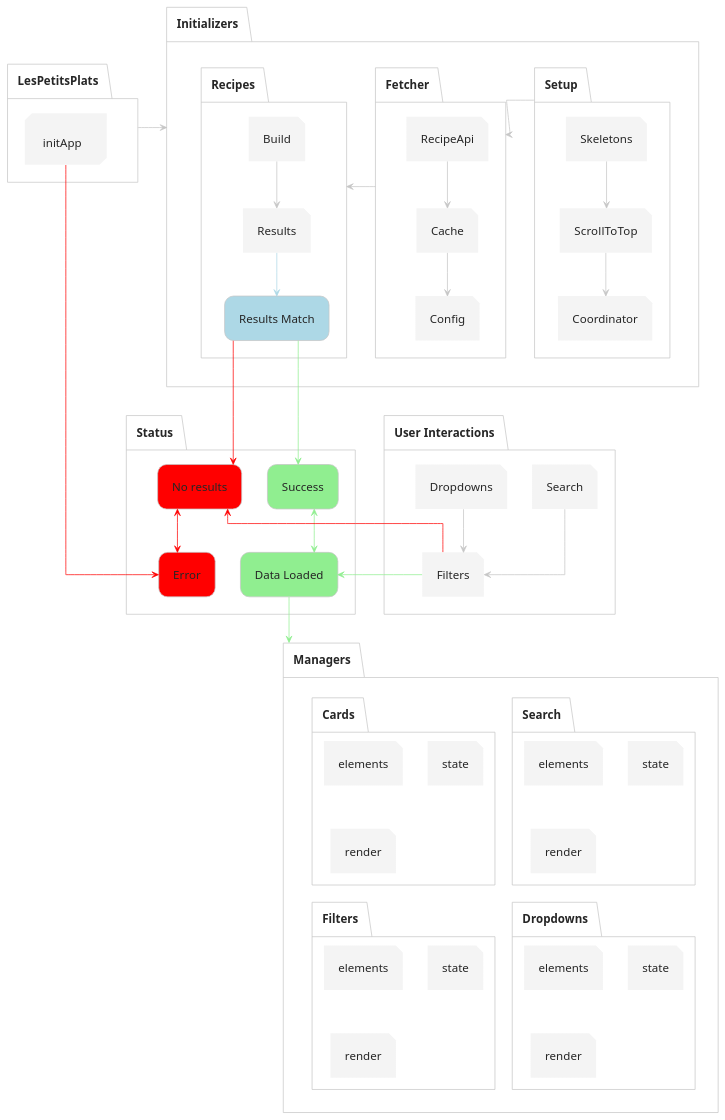
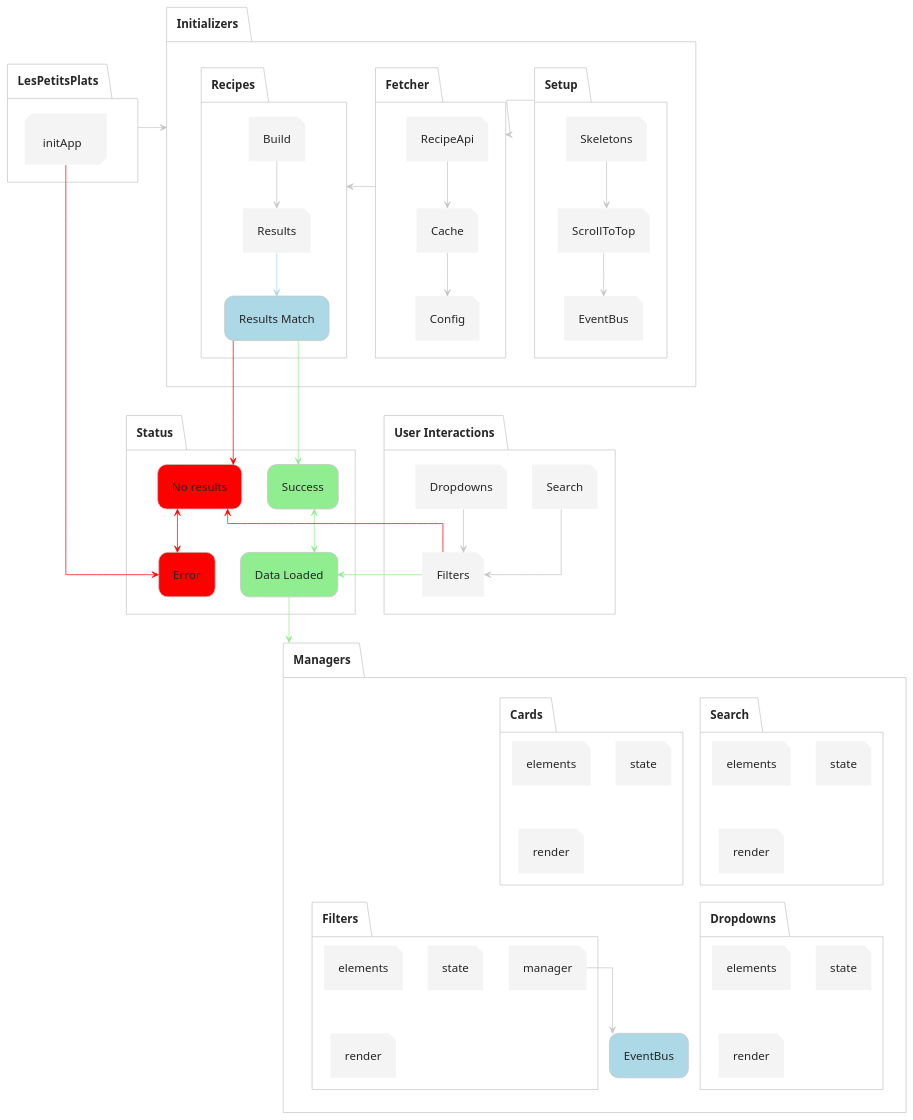
The diagram in projectStructure.puml (Steinshy/OC-LesPetitPlats), drawn with PlantUML before and after one commit. The commit also changed 7 other files, not shown here.

Commit message:
Remove dispatchEvent for small eventBus. Remove setupCoordinator. Update UML

```diff
--- a/projectStructure.puml
+++ b/projectStructure.puml
@@ -1,146 +1,149 @@
 @startuml projectStructure
 !theme carbon-gray
 top to bottom direction
 allowmixing
 
 ' ---------------------
 ' Style
 ' ---------------------
 ' General style
 skinparam linetype ortho
 skinparam backgroundColor #FFFFFF
 skinparam defaultFontSize 16
 skinparam shadowing false
 skinparam ArrowStyle none
 
 ' Rectangle style
 skinparam rectangle {
   RoundCorner 25
   BorderColor $PRIMARY_DARK
 }
 
 ' Package style
 skinparam package {
   BackgroundColor transparent
 }
 
 ' Component style
 skinparam component {
 	BackgroundColor $GRAY_10
 	BorderColor $PRIMARY_DARK
   BorderThickness 0
   FontName "Inter"
   FontSize 16
   FontStyle normal
 }
 
 ' Node style
 skinparam node {
 	BackgroundColor $GRAY_10
 	BorderColor $PRIMARY_DARK
 	FontColor $PRIMARY_TEXT
 	Roundcorner 0
 }
 
 ' ---------------------
 ' Application Structure
 ' ---------------------
 LesPetitsPlats -[hidden]-> Initializers
 LesPetitsPlats -left-> Initializers
 
 package "LesPetitsPlats" as LesPetitsPlats {
   node "initApp"
 }
 
 package "Initializers" as Initializers {
   folder "Setup" as Setup {
     file "Skeletons" as SkeletonsInitializer
     file "ScrollToTop" as ScrollToTopInitializer
-    file "Coordinator" as CoordinatorInitializer
+    file "EventBus" as EventBusInitializer
+
     SkeletonsInitializer -down-> ScrollToTopInitializer
-    ScrollToTopInitializer -down-> CoordinatorInitializer
+    ScrollToTopInitializer -down-> EventBusInitializer
   }
 
   folder "Fetcher" as Fetcher {
     file "RecipeApi"
     file "Cache"
     file "Config"
     RecipeApi -down-> Cache
     Cache -down-> Config
   }
 
   Setup -> Fetcher
 
   folder "Recipes" as Recipes {
     file "Build"
     file "Results" as ResultsBlock
     rectangle "Results Match" as ResultsDecision #LightBlue
 
     Build -down-> ResultsBlock
     ResultsBlock -down-> ResultsDecision #LightBlue
   }
 
   Fetcher -> Recipes
 }
 
 package "Managers" as managersBlock {
   folder "Search" {
     file "elements" as searchElements
     file "state" as searchState
     file "render" as searchRender
   }
 
   folder "Cards" {
     file "elements" as cardsElements
     file "state" as cardsState
     file "render" as cardsRender
   }
 
   folder "Dropdowns" {
     file "elements" as dropdownsElements
     file "state" as dropdownsState
     file "render" as dropdownsRender
   }
 
   folder "Filters" {
     file "elements" as filtersElements
     file "state" as filtersState
     file "render" as filtersRender
+    file "manager" as filtersManager
   }
+  rectangle "EventBus" as EventBus #LightBlue
+  filtersManager --> EventBus
 }
-
 
 package "User Interactions" as UserInteractions {
   file "Filters" as filtersInteraction
   file "Search" as searchingInteraction
   file "Dropdowns" as dropdownsInteraction
 
   searchingInteraction --> filtersInteraction
   dropdownsInteraction --> filtersInteraction
 }
 
 package "Status" as Responses {
   rectangle "Success" as Success #LightGreen
   rectangle "Error" as Error #Red
   rectangle "No results" as NoResults #Red 
   rectangle "Data Loaded" as DataLoaded #LightGreen
   Error -[hidden]-> NoResults
   Success -[hidden]-> DataLoaded
 
   DataLoaded <--> Success #LightGreen
   NoResults <--> Error #Red
 }
 
 LesPetitsPlats -[hidden]-> Responses
 ResultsDecision -[hidden]-> Responses
 Responses -[hidden]-> UserInteractions
 filtersInteraction -> NoResults #Red
 ResultsDecision -> Success #LightGreen
 ResultsDecision -> NoResults #Red
 initApp --> Error #Red
 
 
 filtersInteraction -> DataLoaded #LightGreen
 DataLoaded -down-> managersBlock #LightGreen
 
 @enduml
```
